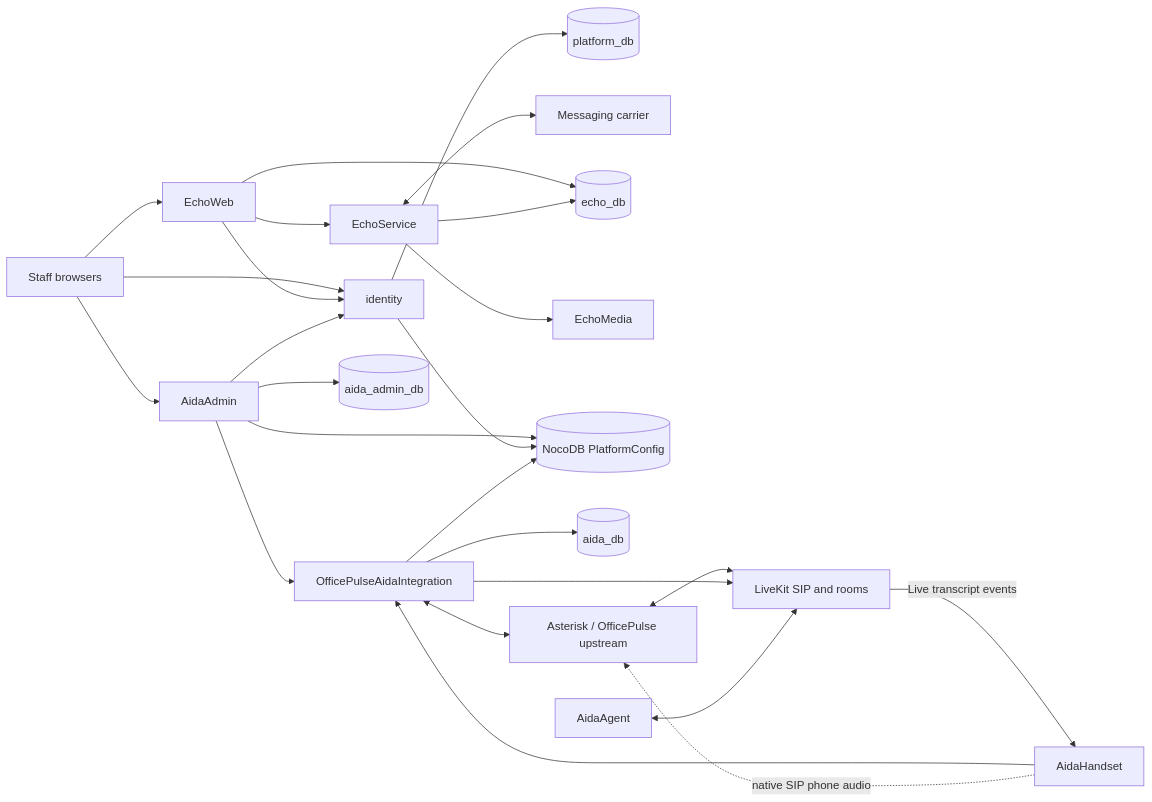
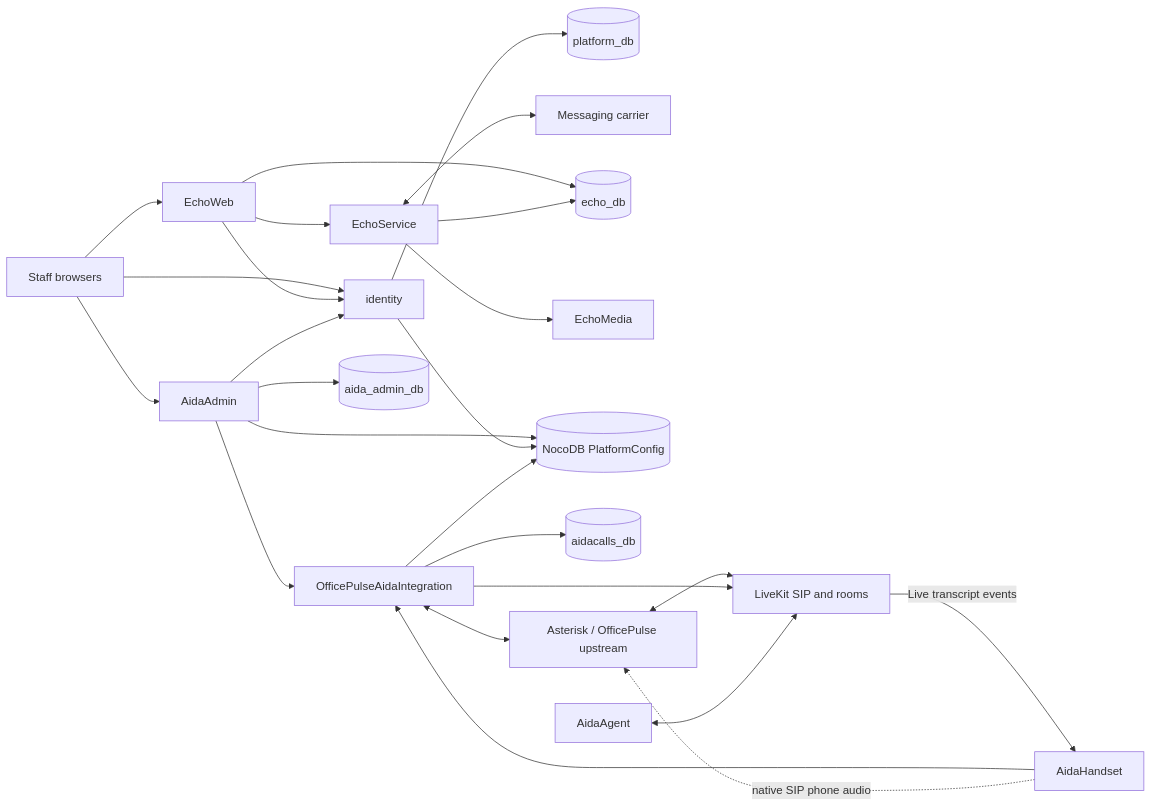
One commit to localsplash/AidaInfrastructureSetupInstructions changed the diagram in docs/PLATFORM_MASTER_PLAN.md. Above: the diagram before and after it, drawn with Mermaid. The commit also changed other lines of this file and 7 other files, not shown here.

````diff
--- a/docs/PLATFORM_MASTER_PLAN.md
+++ b/docs/PLATFORM_MASTER_PLAN.md
@@ -46,27 +48,27 @@
 ```mermaid
 flowchart LR
   Staff[Staff browsers] --> Identity[identity]
   Staff --> EchoWeb[EchoWeb]
   Staff --> Admin[AidaAdmin]
   Identity --> Platform[(platform_db)]
   EchoWeb --> Identity
   Admin --> Identity
   EchoWeb --> EchoService[EchoService]
   EchoService <--> Carrier[Messaging carrier]
   EchoWeb --> EchoDB[(echo_db)]
   EchoService --> EchoDB
   EchoService --> Media[EchoMedia]
   Admin --> Office[OfficePulseAidaIntegration]
   Admin --> AdminDB[(aida_admin_db)]
   Admin --> Config[(NocoDB PlatformConfig)]
   Identity --> Config
   Office --> Config
-  Office --> VoiceDB[(aida_db)]
+  Office --> VoiceDB[(aidacalls_db)]
   Office <--> PBX[Asterisk / OfficePulse upstream]
   PBX <--> LiveKit[LiveKit SIP and rooms]
   Office --> LiveKit
   Agent[AidaAgent] <--> LiveKit
   Handset[AidaHandset] --> Office
   LiveKit -->|Live transcript events| Handset
   Handset -. native SIP phone audio .-> PBX
 ```
````
